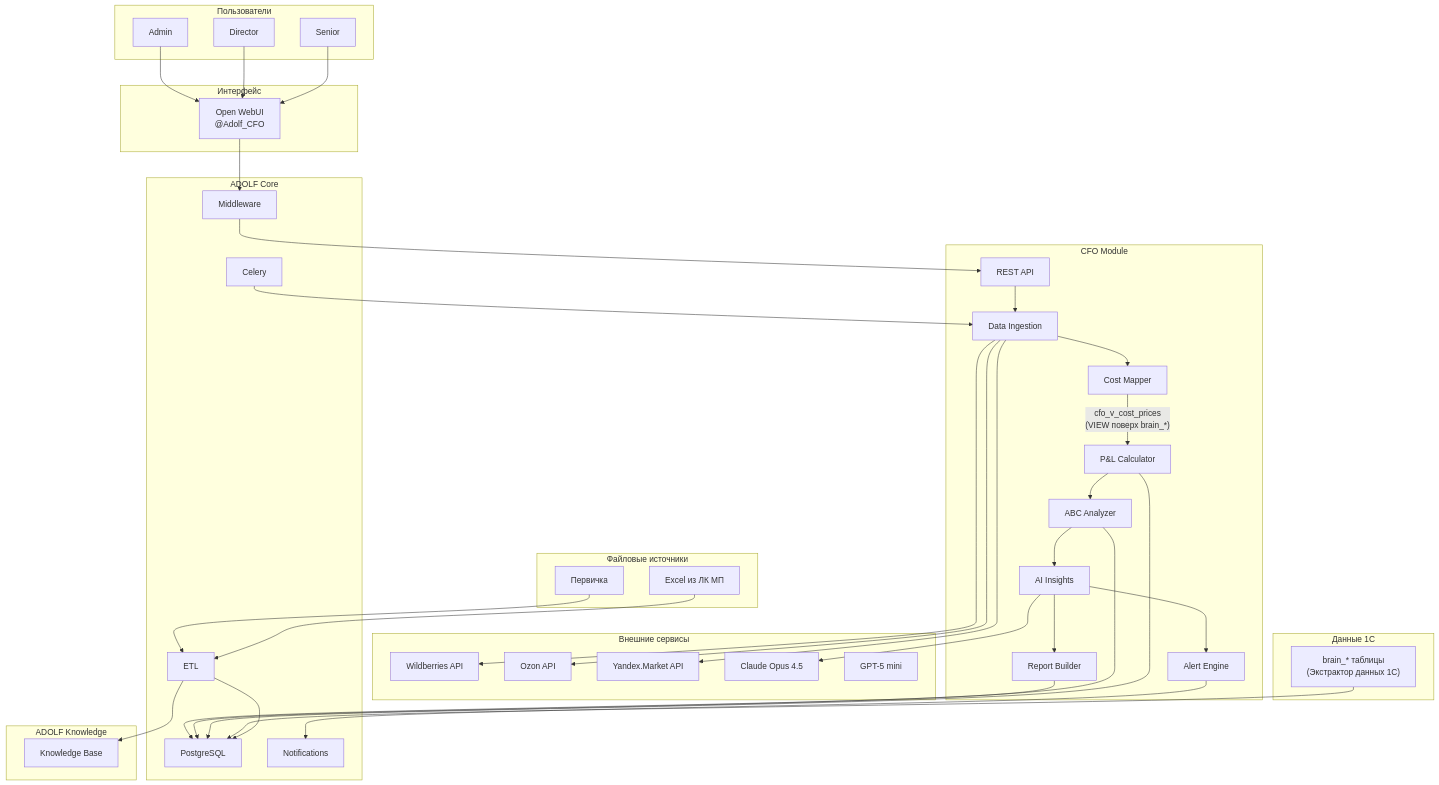
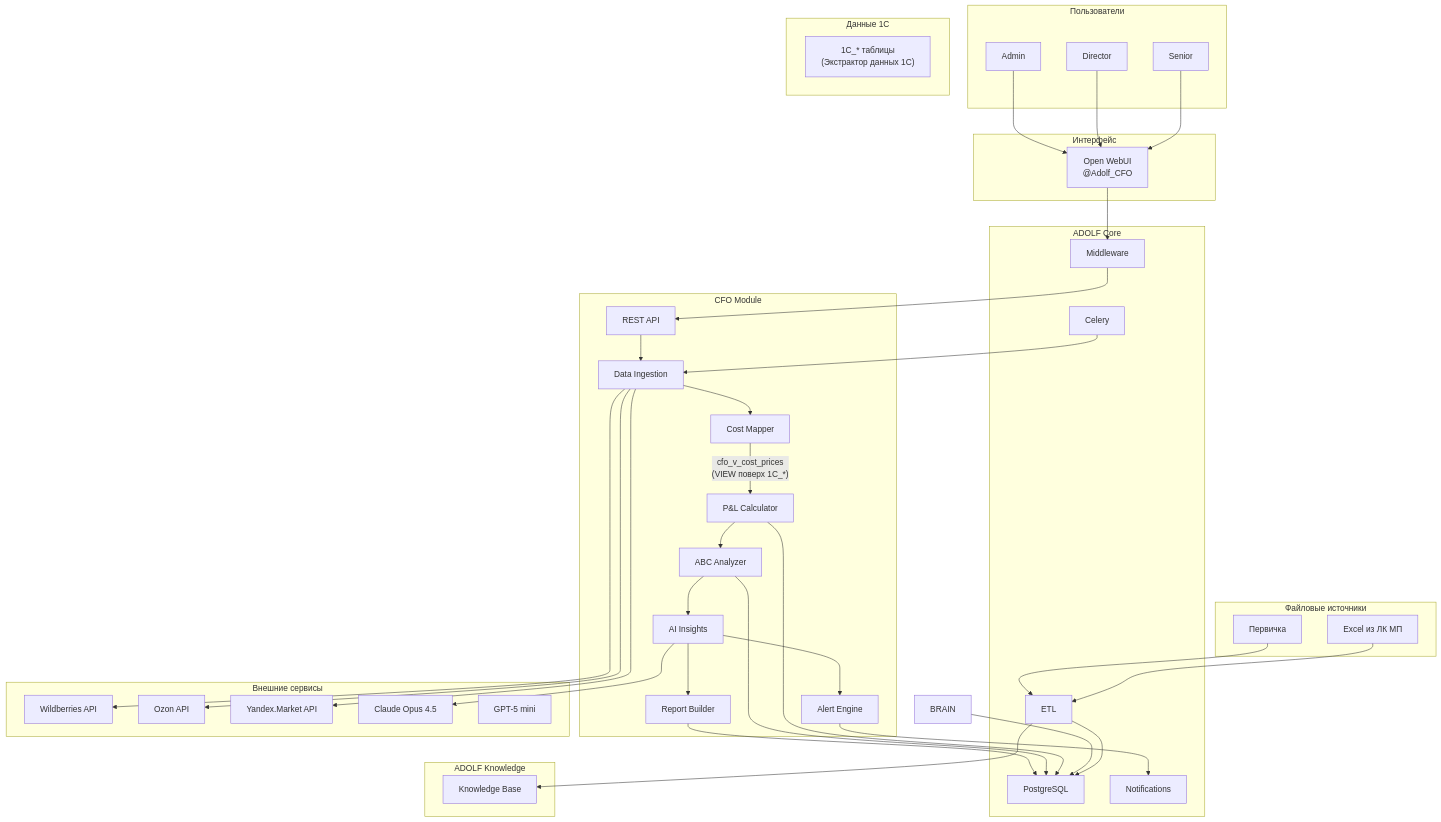
Before and after one commit to Sign25/Docs: the first of 7 diagrams in cfo/adolf_cfo_1_architecture.md, drawn with Mermaid. The commit also changed other lines of this file, not shown here.

Commit message:
refactor(cfo): rename brain_* -> 1C_*, update A1 links to 1cexport

````diff
--- a/cfo/adolf_cfo_1_architecture.md
+++ b/cfo/adolf_cfo_1_architecture.md
@@ -85,78 +85,78 @@
 ```mermaid
 graph TB
     subgraph USERS["Пользователи"]
         U1["Senior"]
         U2["Director"]
         U3["Admin"]
     end
 
     subgraph INTERFACE["Интерфейс"]
         OWUI["Open WebUI<br/>@Adolf_CFO"]
     end
 
     subgraph CFO_MODULE["CFO Module"]
         API["REST API"]
         INGEST["Data Ingestion"]
         MAPPER["Cost Mapper"]
         CALC["P&L Calculator"]
         ABC["ABC Analyzer"]
         AI["AI Insights"]
         REPORT["Report Builder"]
         ALERT["Alert Engine"]
     end
 
     subgraph CORE["ADOLF Core"]
         MW["Middleware"]
         PG["PostgreSQL"]
         CELERY["Celery"]
         ETL["ETL"]
         NOTIF["Notifications"]
     end
 
     subgraph KNOWLEDGE["ADOLF Knowledge"]
         KB["Knowledge Base"]
     end
 
     subgraph EXTERNAL["Внешние сервисы"]
         WB_API["Wildberries API"]
         OZON_API["Ozon API"]
         YM_API["Yandex.Market API"]
         CLAUDE["Claude Opus 4.5"]
         GPT["GPT-5 mini"]
     end
 
     subgraph FILES["Файловые источники"]
         MP_EXCEL["Excel из ЛК МП"]
         DOCS["Первичка"]
     end
 
-    subgraph BRAIN_DB["Данные 1С"]
-        BRAIN["brain_* таблицы<br/>(Экстрактор данных 1С)"]
+    subgraph ONEC_DB["Данные 1С"]
+        ONEC["1C_* таблицы<br/>(Экстрактор данных 1С)"]
     end
 
     U1 & U2 & U3 --> OWUI
     OWUI --> MW
     MW --> API
     
     API --> INGEST
     INGEST --> WB_API & OZON_API & YM_API
     
     MP_EXCEL & DOCS --> ETL
     ETL --> PG
     ETL --> KB
 
     BRAIN --> PG
     
     INGEST --> MAPPER
-    MAPPER -->|"cfo_v_cost_prices<br/>(VIEW поверх brain_*)"| CALC
+    MAPPER -->|"cfo_v_cost_prices<br/>(VIEW поверх 1C_*)"| CALC
     CALC --> ABC
     ABC --> AI
     AI --> CLAUDE
     
     AI --> REPORT
     AI --> ALERT
     ALERT --> NOTIF
     
     CALC & ABC & REPORT --> PG
     CELERY --> INGEST
 ```
````
